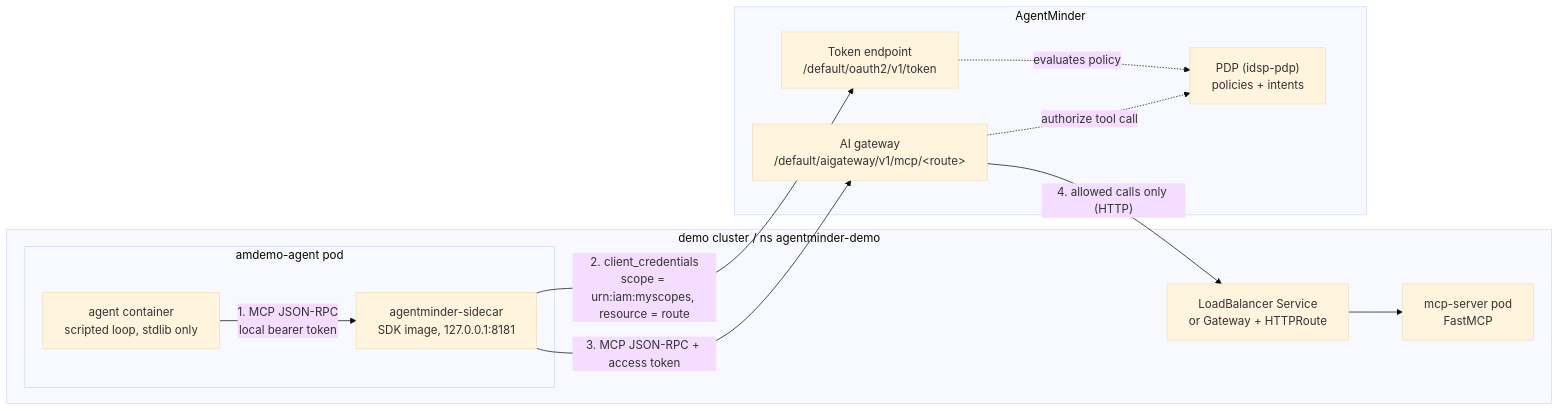
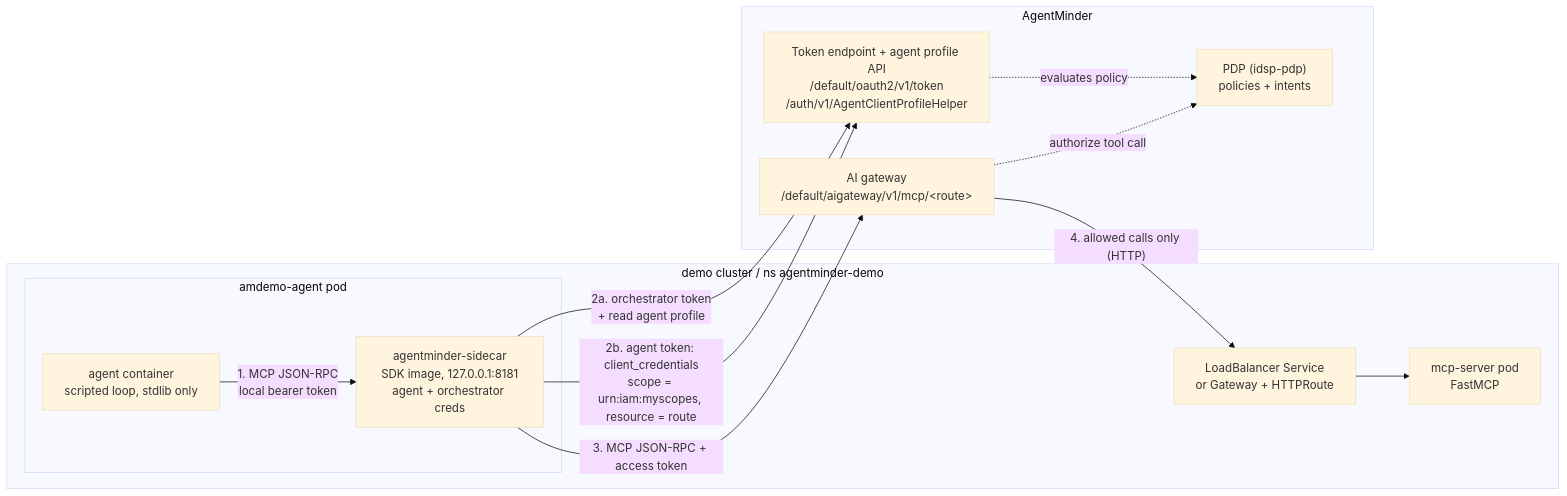
Before and after one commit to warroyo/agentminder-ansible-demo: the first of 3 diagrams in docs/how-agentminder-works.md, drawn with Mermaid (base theme). The commit also changed other lines of this file, not shown here.

Commit message:
Show the orchestrator client in the architecture diagram
The sidecar uses the orchestrator client to read the agent profile before
it gets the agent token. The architecture diagram only showed the agent
token call, so split step 2 into the orchestrator/profile call and the
agent token call, and name the profile API on the token node.

````diff
--- a/docs/how-agentminder-works.md
+++ b/docs/how-agentminder-works.md
@@ -38,23 +38,24 @@
 ```mermaid
 flowchart LR
   subgraph dev["demo cluster / ns agentminder-demo"]
     subgraph pod["amdemo-agent pod"]
       agent["agent container<br/>scripted loop, stdlib only"]
-      sidecar["agentminder-sidecar<br/>SDK image, 127.0.0.1:8181"]
+      sidecar["agentminder-sidecar<br/>SDK image, 127.0.0.1:8181<br/>agent + orchestrator creds"]
     end
     gw["LoadBalancer Service<br/>or Gateway + HTTPRoute"]
     mcp["mcp-server pod<br/>FastMCP"]
   end
   subgraph am["AgentMinder"]
-    token["Token endpoint<br/>/default/oauth2/v1/token"]
+    token["Token endpoint + agent profile API<br/>/default/oauth2/v1/token<br/>/auth/v1/AgentClientProfileHelper"]
     aigw["AI gateway<br/>/default/aigateway/v1/mcp/&lt;route&gt;"]
     pdp["PDP (idsp-pdp)<br/>policies + intents"]
   end
   agent -- "1. MCP JSON-RPC<br/>local bearer token" --> sidecar
-  sidecar -- "2. client_credentials<br/>scope = urn:iam:myscopes, resource = route" --> token
+  sidecar -- "2a. orchestrator token<br/>+ read agent profile" --> token
+  sidecar -- "2b. agent token: client_credentials<br/>scope = urn:iam:myscopes, resource = route" --> token
   token -. "evaluates policy" .-> pdp
   sidecar -- "3. MCP JSON-RPC + access token" --> aigw
   aigw -. "authorize tool call" .-> pdp
   aigw -- "4. allowed calls only (HTTP)" --> gw
   gw --> mcp
 ```
````
